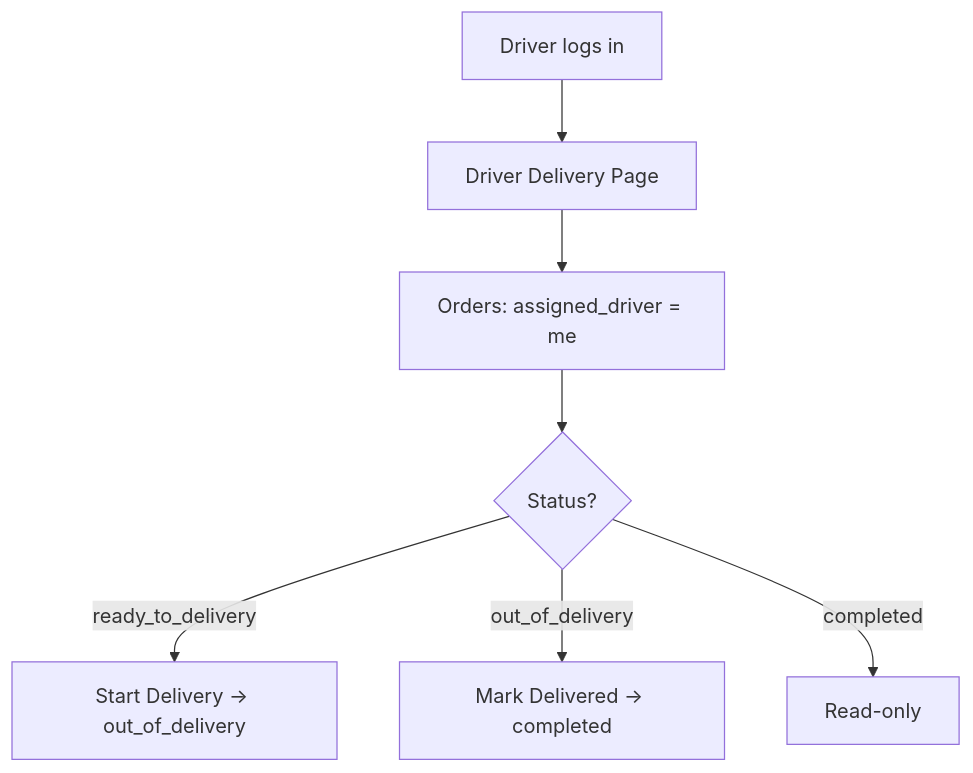
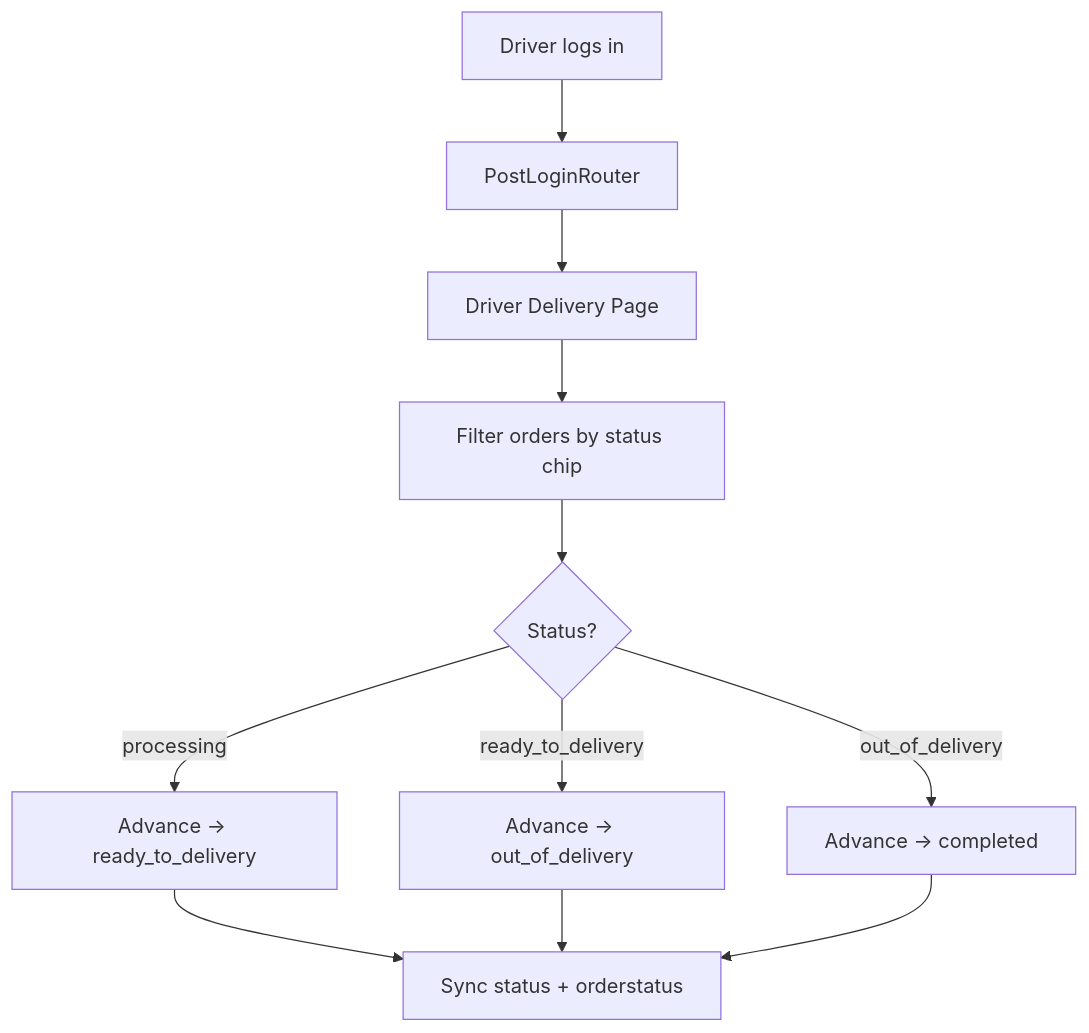
Before and after one commit to kahliantoo-rgb/tfg_vday: the sixth of 9 diagrams in docs/WORKFLOW.md, drawn with Mermaid. The commit also changed other lines of this file and 35 other files, not shown here.

````diff
--- a/docs/WORKFLOW.md
+++ b/docs/WORKFLOW.md
@@ -169,9 +209,13 @@
 ```mermaid
 flowchart TD
-    A[Driver logs in] --> B[Driver Delivery Page]
-    B --> C[Orders: assigned_driver = me]
-    C --> D{Status?}
-    D -->|ready_to_delivery| E[Start Delivery → out_of_delivery]
-    D -->|out_of_delivery| F[Mark Delivered → completed]
-    D -->|completed| G[Read-only]
+    A[Driver logs in] --> B[PostLoginRouter]
+    B --> C[Driver Delivery Page]
+    C --> D[Filter orders by status chip]
+    D --> E{Status?}
+    E -->|processing| F[Advance → ready_to_delivery]
+    E -->|ready_to_delivery| G[Advance → out_of_delivery]
+    E -->|out_of_delivery| H[Advance → completed]
+    F --> I[Sync status + orderstatus]
+    G --> I
+    H --> I
 ```
````
